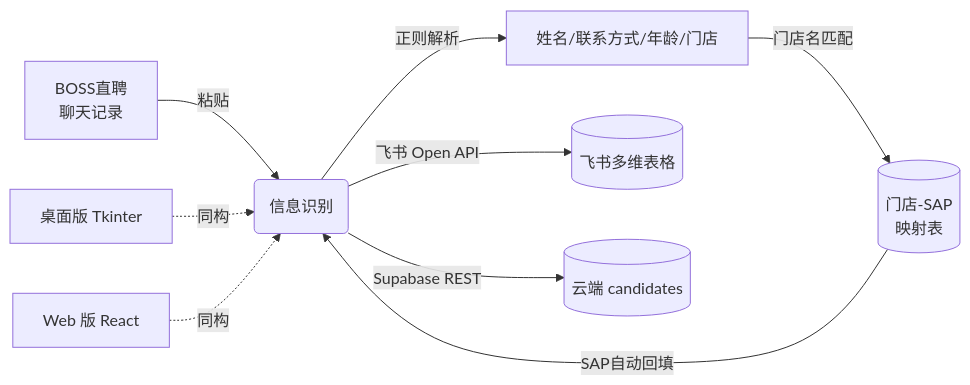
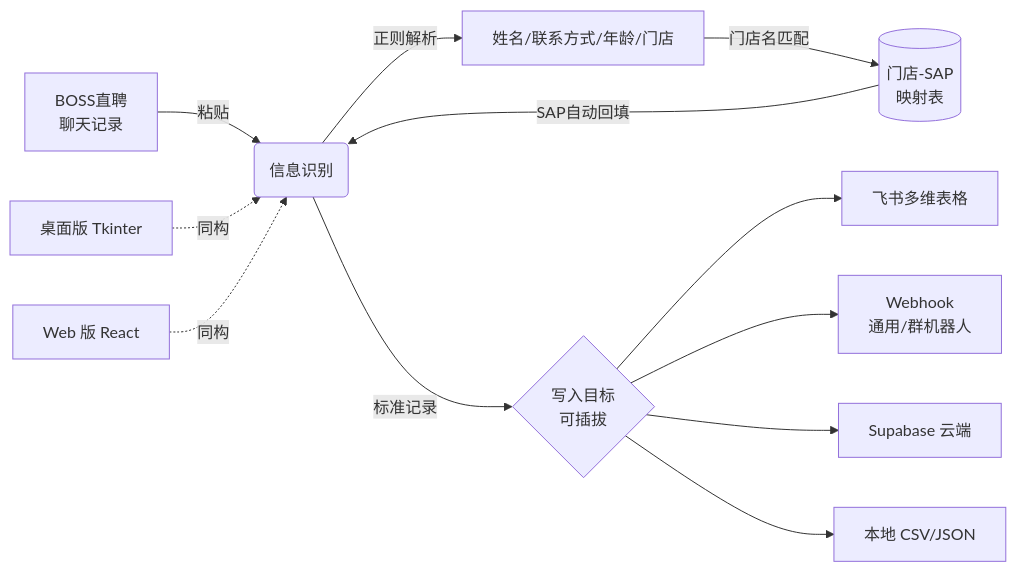
One commit to wang189327-wq/candidate-entry changed the diagram in README.md. Above: the diagram before and after it, drawn with Mermaid. The commit also changed other lines of this file and 2 other files, not shown here.

First line of the commit message:
docs: 补充 CHANGELOG、双语 README 演示动线与截图

````diff
--- a/README.md
+++ b/README.md
@@ -58,11 +90,14 @@
 ```mermaid
 flowchart LR
     A[BOSS直聘<br/>聊天记录] -->|粘贴| B(信息识别)
     B -->|正则解析| C[姓名/联系方式/年龄/门店]
     C -->|门店名匹配| D[(门店-SAP<br/>映射表)]
     D -->|SAP自动回填| B
-    B -->|飞书 Open API| E[(飞书多维表格)]
-    B -->|Supabase REST| F[(云端 candidates)]
-    G[桌面版 Tkinter] -.同构.-> B
-    H[Web 版 React] -.同构.-> B
+    B -->|标准记录| T{写入目标<br/>可插拔}
+    T --> E[飞书多维表格]
+    T --> F[Webhook<br/>通用/群机器人]
+    T --> G[Supabase 云端]
+    T --> I[本地 CSV/JSON]
+    H[桌面版 Tkinter] -.同构.-> B
+    J[Web 版 React] -.同构.-> B
 ```
````
